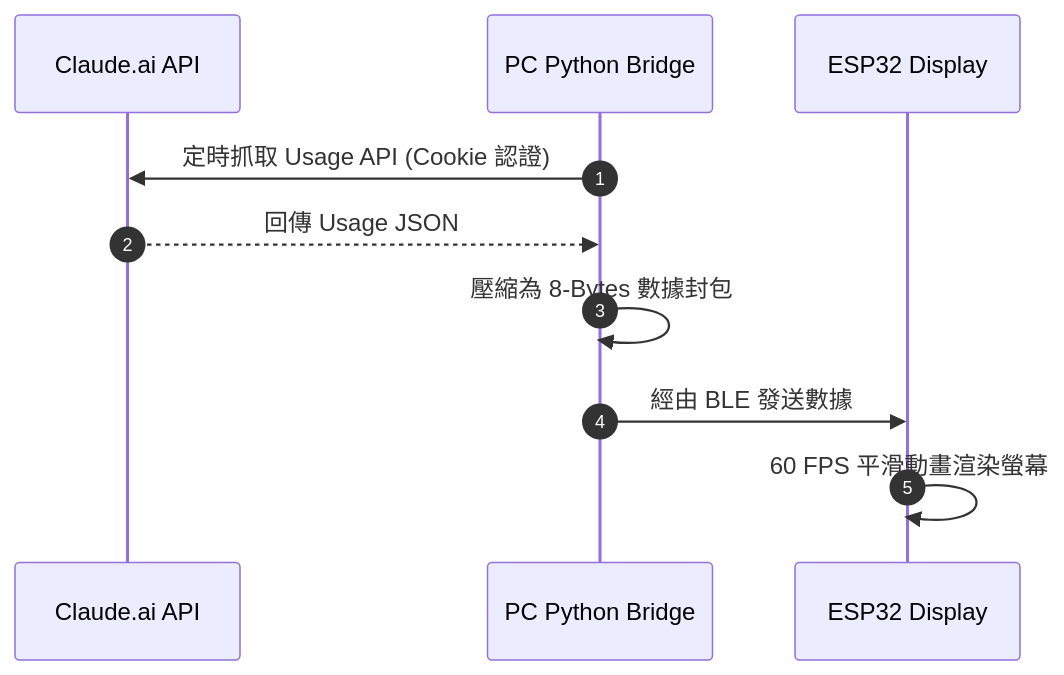
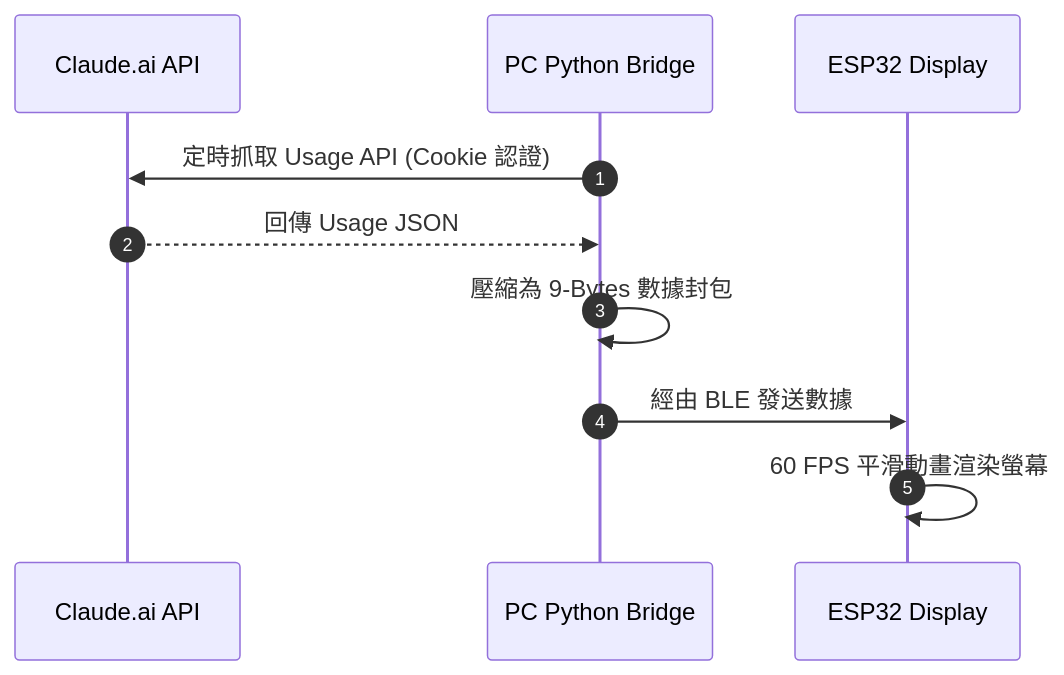
One commit to stingch/ClaudeMeter changed the diagram in README.md. Above: the diagram before and after it, drawn with Mermaid. The commit also changed other lines of this file and 11 other files, not shown here.

````diff
--- a/README.md
+++ b/README.md
@@ -52,13 +53,13 @@
 ```mermaid
 sequenceDiagram
     autonumber
     participant Claude as Claude.ai API
     participant PC as PC Python Bridge
     participant ESP32 as ESP32 Display
 
     PC->>Claude: 定時抓取 Usage API (Cookie 認證)
     Claude-->>PC: 回傳 Usage JSON
-    PC->>PC: 壓縮為 8-Bytes 數據封包
+    PC->>PC: 壓縮為 9-Bytes 數據封包
     PC->>ESP32: 經由 BLE 發送數據
     ESP32->>ESP32: 60 FPS 平滑動畫渲染螢幕
 ```
````
